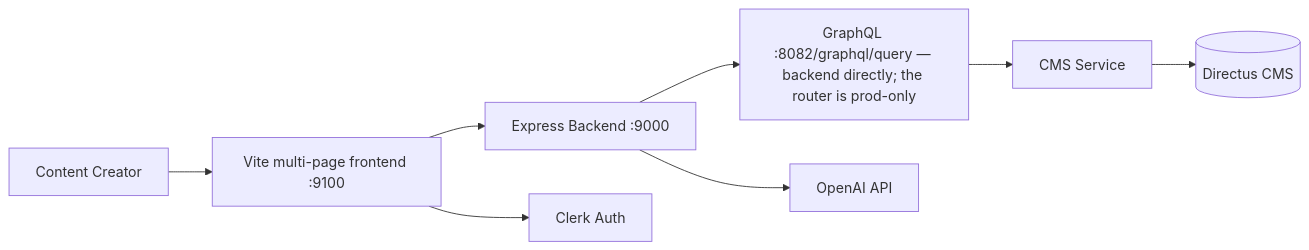
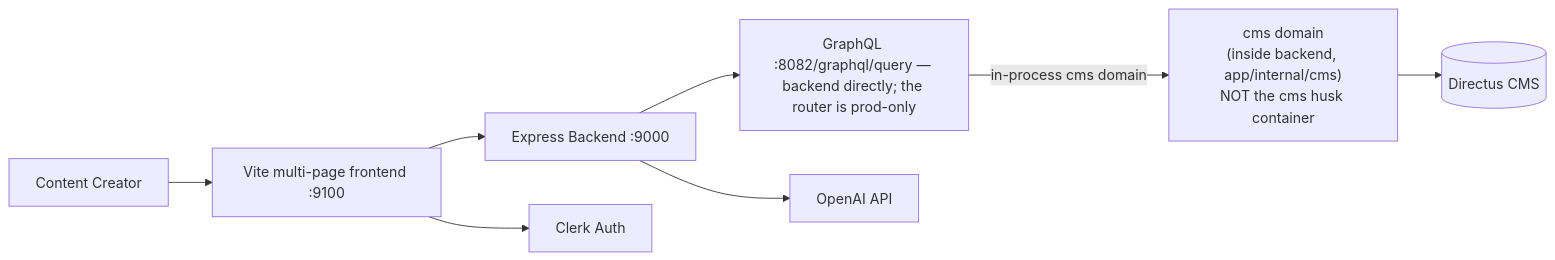
The diagram in corpus/services/studio-desk.md (anthropos-work/rosetta), drawn with Mermaid before and after one commit. The commit also changed 10 other files, not shown here.

````diff
--- a/corpus/services/studio-desk.md
+++ b/corpus/services/studio-desk.md
@@ -42,10 +42,10 @@
 ```mermaid
 graph LR
     User[Content Creator] --> Frontend[Vite multi-page frontend :9100]
     Frontend --> Backend[Express Backend :9000]
     Backend --> GraphQL[GraphQL :8082/graphql/query — backend directly; the router is prod-only]
     Backend --> OpenAI[OpenAI API]
     Frontend --> Clerk[Clerk Auth]
-    GraphQL --> CMS[CMS Service]
+    GraphQL -->|in-process cms domain| CMS["cms domain<br/>(inside backend, app/internal/cms)<br/>NOT the cms husk container"]
     CMS --> Directus[(Directus CMS)]
 ```
````
